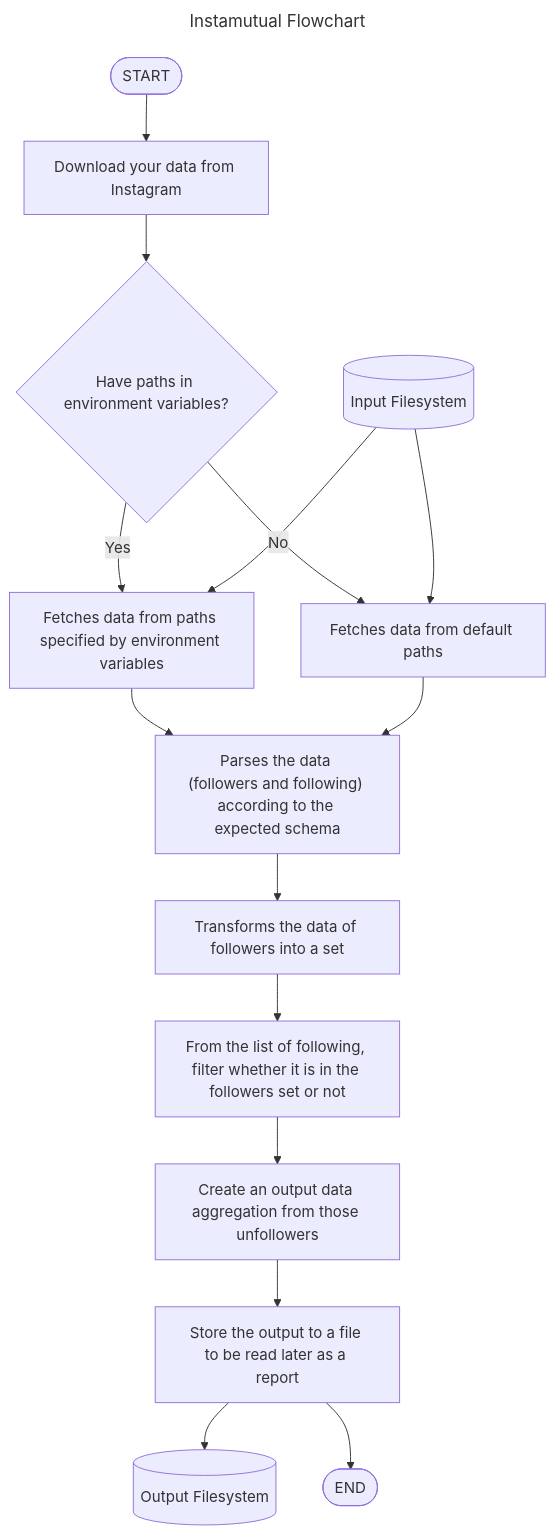
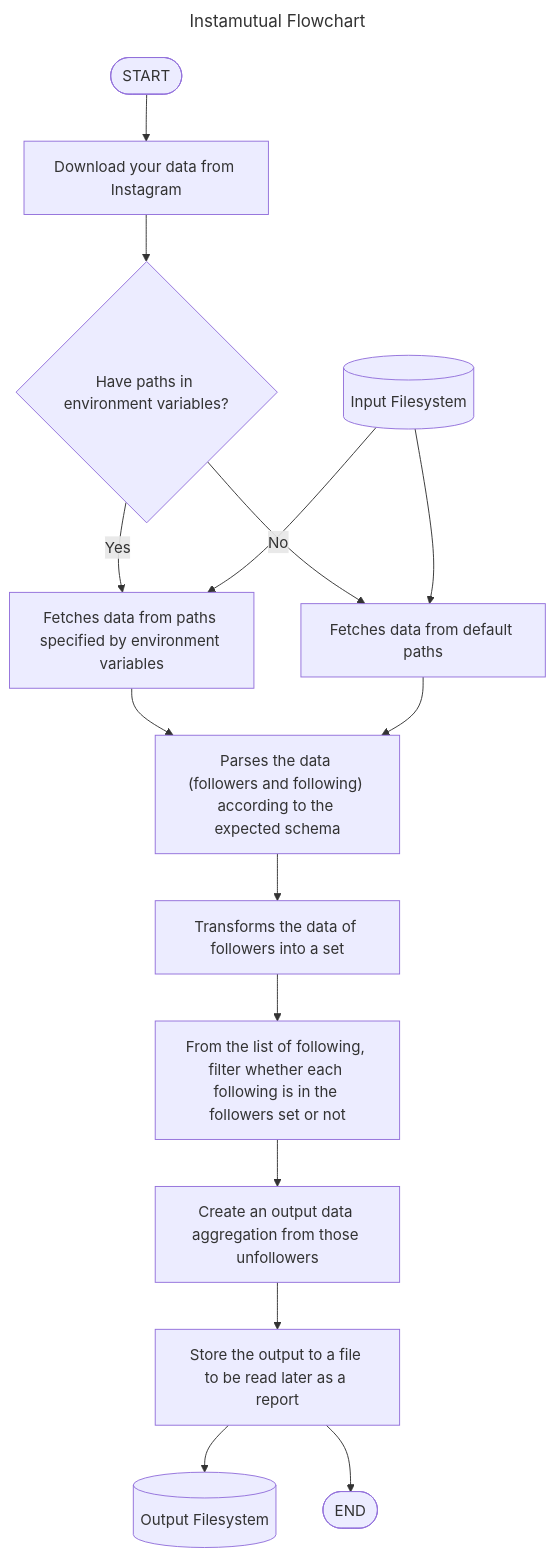
One commit to lauslim12/instamutual changed the diagram in README.md. Above: the diagram before and after it, drawn with Mermaid.

Commit message:
Fix wording in flowchart

````diff
--- a/README.md
+++ b/README.md
@@ -18,21 +18,21 @@
 ```mermaid
 ---
 title: Instamutual Flowchart
 ---
 flowchart TD
     START([START]) --> A
     A[Download your data from Instagram] --> B{Have paths in environment variables?}
     B --> |Yes| C[Fetches data from paths specified by environment variables] --> E
     B --> |No| D[Fetches data from default paths] --> E
     INPUTFILESYSTEM[(Input Filesystem)]
     INPUTFILESYSTEM --> C
     INPUTFILESYSTEM --> D
     E["Parses the data (followers and following) according to the expected schema"] --> F
     F[Transforms the data of followers into a set] --> G
-    G[From the list of following, filter whether it is in the followers set or not] --> H
+    G[From the list of following, filter whether each following is in the followers set or not] --> H
     H[Create an output data aggregation from those unfollowers] --> I
     I[Store the output to a file to be read later as a report]
     I --> FILESYSTEM[(Output Filesystem)]
     I --> END
     END([END])
 ```
````
